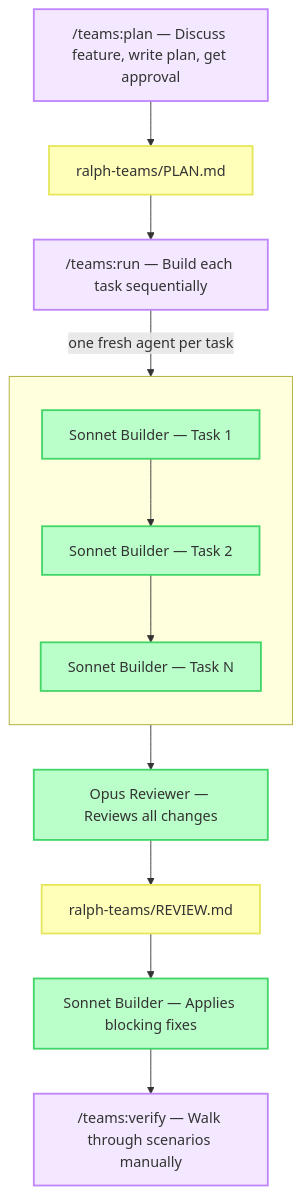
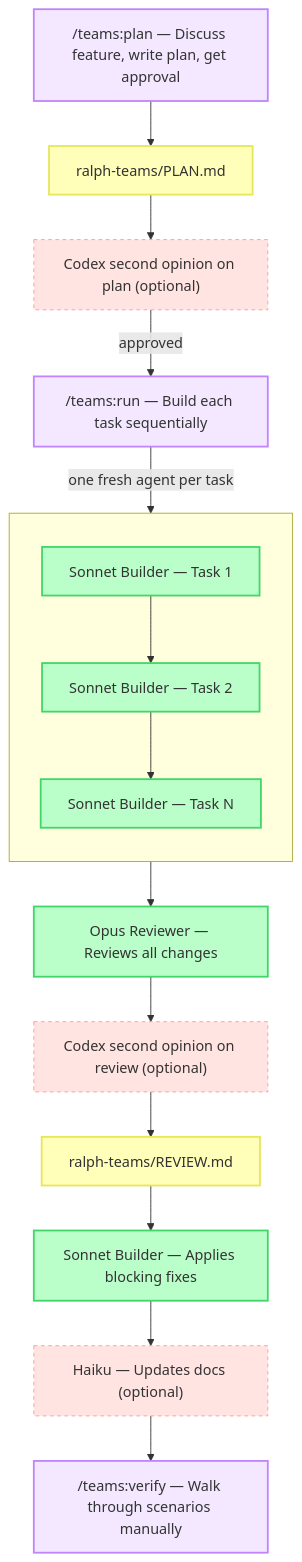
The diagram in FLOW.md (tuansondinh/ralph-teams-claude-plugin), drawn with Mermaid before and after one commit. The commit also changed 1 other file, not shown here.

Commit message:
docs: embed flow diagram in README, add Codex second opinion and Haiku doc step

````diff
--- a/FLOW.md
+++ b/FLOW.md
@@ -3,38 +3,45 @@
 ```mermaid
 flowchart TD
     classDef user fill:#ffdfba,stroke:#ffb347,stroke-width:2px,color:#333
     classDef orch fill:#bae1ff,stroke:#5facff,stroke-width:2px,color:#333
     classDef agent fill:#baffc9,stroke:#42d669,stroke-width:2px,color:#333
     classDef doc fill:#ffffba,stroke:#e6e65a,stroke-width:2px,color:#333
     classDef cmd fill:#f3e8ff,stroke:#c084fc,stroke-width:2px,color:#333
+    classDef optional fill:#ffe4e1,stroke:#ff9999,stroke-width:1px,stroke-dasharray:4,color:#333
 
     P1["/teams:plan — Discuss feature, write plan, get approval"]:::cmd
     P["ralph-teams/PLAN.md"]:::doc
+    CX1["Codex second opinion on plan (optional)"]:::optional
 
     P1 --> P
+    P --> CX1
 
     P2["/teams:run — Build each task sequentially"]:::cmd
 
-    P --> P2
+    CX1 -->|"approved"| P2
 
     subgraph Build[" "]
         direction TB
         B1["Sonnet Builder — Task 1"]:::agent
         B2["Sonnet Builder — Task 2"]:::agent
         BN["Sonnet Builder — Task N"]:::agent
         B1 --> B2 --> BN
     end
 
     P2 -->|"one fresh agent per task"| Build
 
     R["Opus Reviewer — Reviews all changes"]:::agent
+    CX2["Codex second opinion on review (optional)"]:::optional
     REV["ralph-teams/REVIEW.md"]:::doc
     BF["Sonnet Builder — Applies blocking fixes"]:::agent
+    DOCS["Haiku — Updates docs (optional)"]:::optional
 
     Build --> R
-    R --> REV
+    R --> CX2
+    CX2 --> REV
     REV --> BF
+    BF --> DOCS
 
     P3["/teams:verify — Walk through scenarios manually"]:::cmd
-    BF --> P3
+    DOCS --> P3
 ```
````
